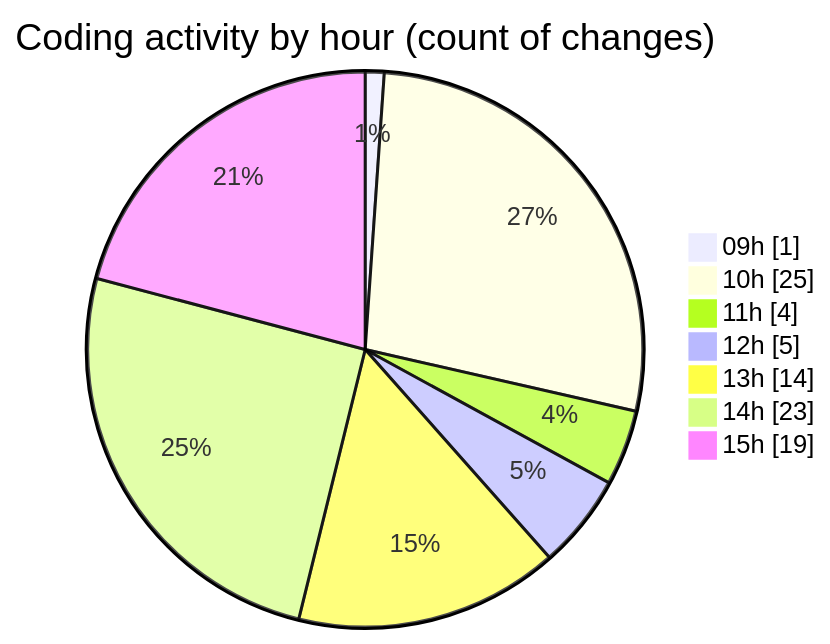
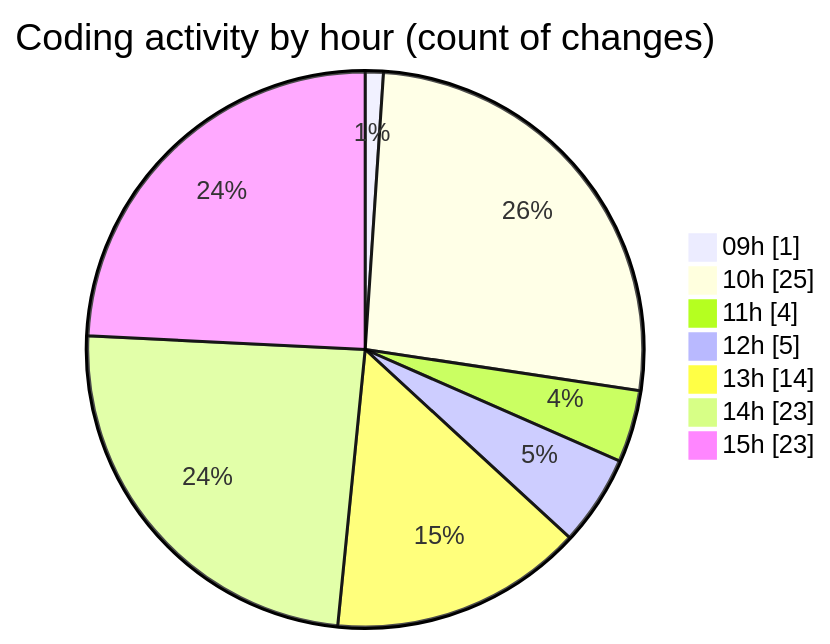
One commit to julien-gomy/code-tracking changed the second of 2 diagrams in 2025-11-17/eventscop-frontend-guide__workspace_/README.md. Above: the diagram before and after it, drawn with Mermaid. The commit also changed other lines of this file and 1 other file, not shown here.

````diff
--- a/2025-11-17/eventscop-frontend-guide__workspace_/README.md
+++ b/2025-11-17/eventscop-frontend-guide__workspace_/README.md
@@ -55,11 +55,11 @@
 ```mermaid
 pie showData
 title Coding activity by hour (count of changes)
 "09h" : 1
 "10h" : 25
 "11h" : 4
 "12h" : 5
 "13h" : 14
 "14h" : 23
-"15h" : 19
+"15h" : 23
 ```
````
